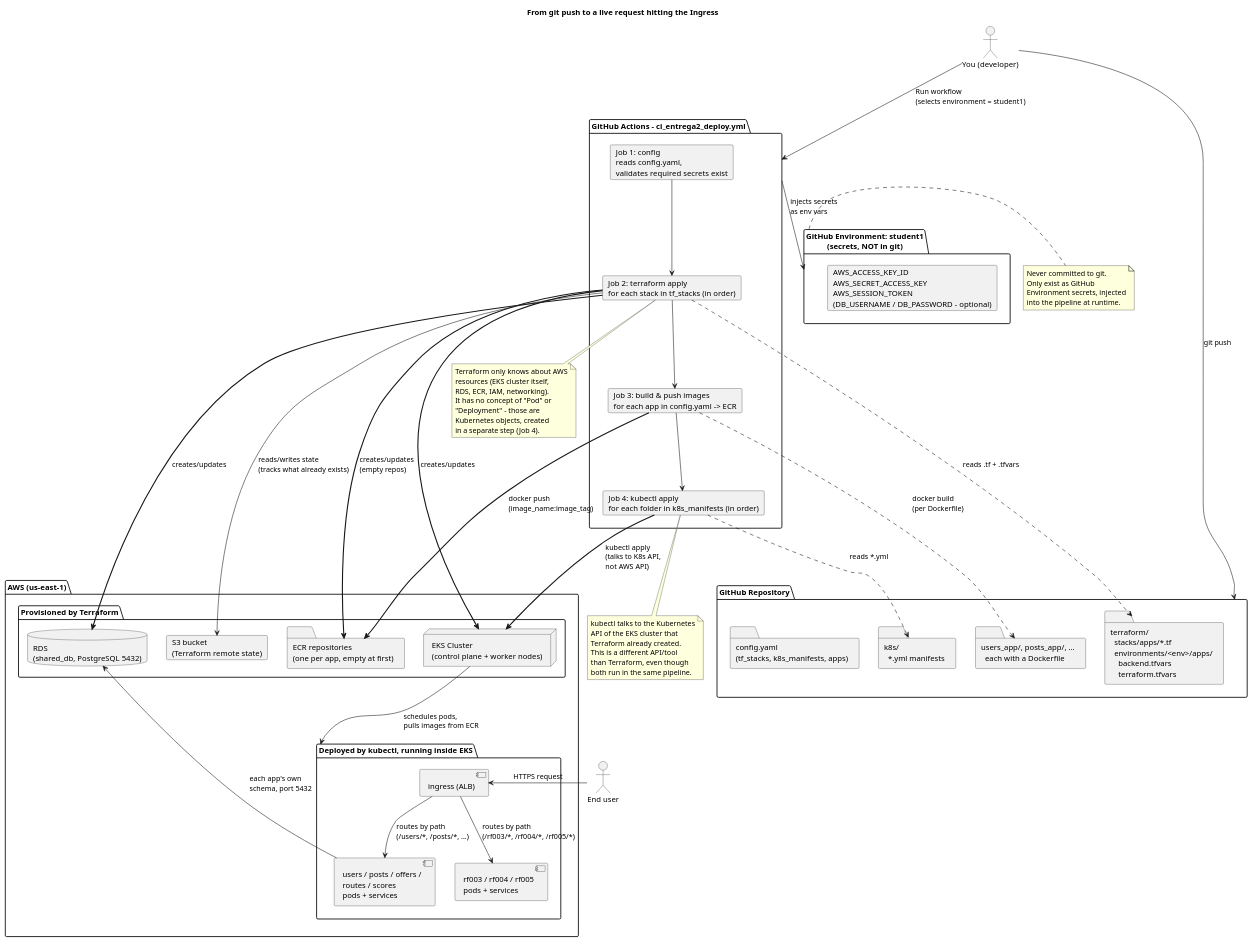
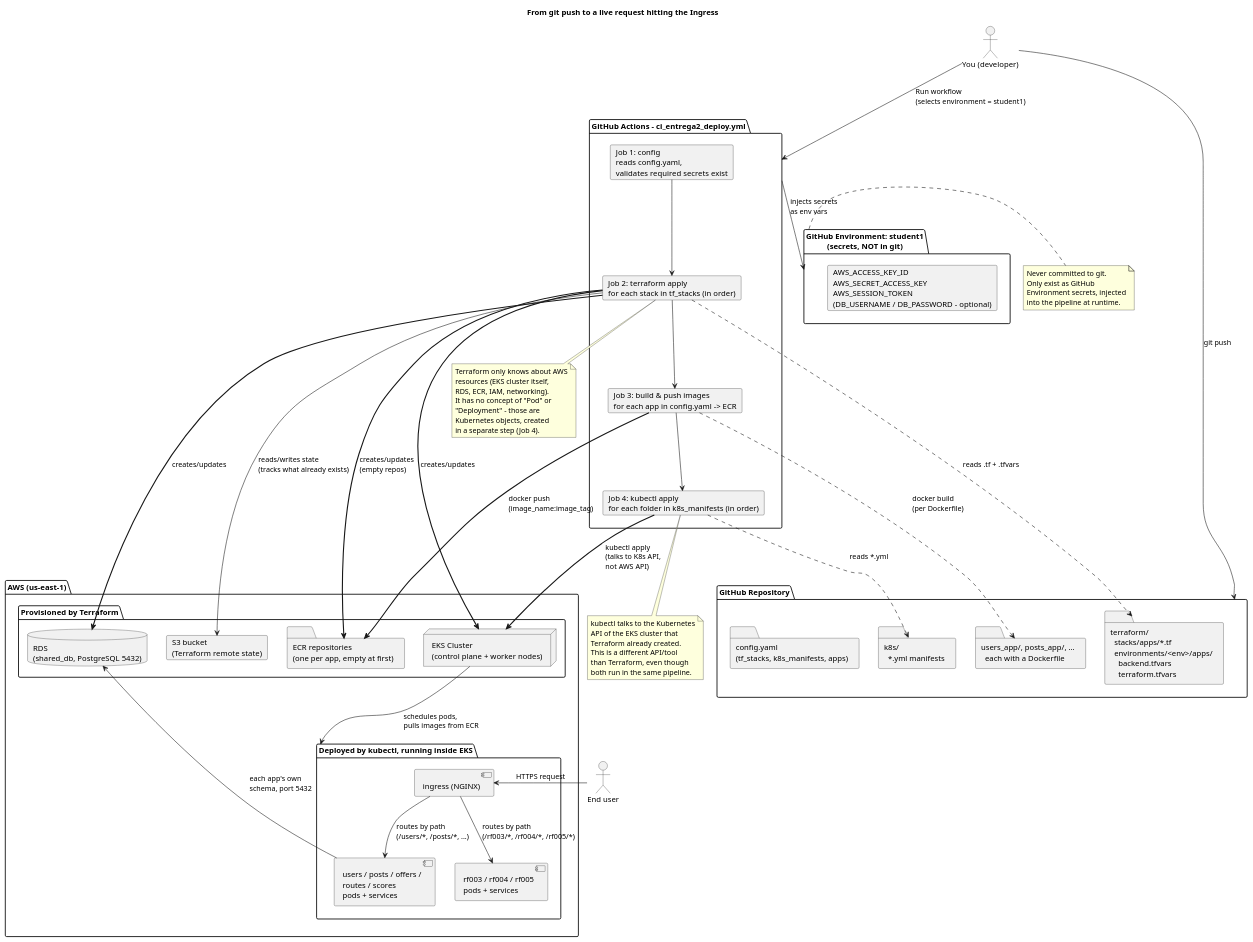
The diagram in docs/diagrams/infra-overview.puml (PedroTrujilloV/CloudNativeComputingSharedSuitcaseApp), drawn with PlantUML before and after one commit. The commit also changed 31 other files, not shown here.

```diff
--- a/docs/diagrams/infra-overview.puml
+++ b/docs/diagrams/infra-overview.puml
@@ -1,101 +1,101 @@
 @startuml infra-overview
 
 title From git push to a live request hitting the Ingress
 
 skinparam backgroundColor #FFFFFF
 skinparam defaultTextAlignment left
 
 actor "You (developer)" as Dev
 
 package "GitHub Repository" as Repo {
   folder "terraform/\n  stacks/apps/*.tf\n  environments/<env>/apps/\n    backend.tfvars\n    terraform.tfvars" as TFCode
   folder "k8s/\n  *.yml manifests" as K8sCode
   folder "users_app/, posts_app/, ...\n  each with a Dockerfile" as AppCode
   folder "config.yaml\n(tf_stacks, k8s_manifests, apps)" as Config
 }
 
 package "GitHub Environment: student1\n(secrets, NOT in git)" as GHSecrets {
   card "AWS_ACCESS_KEY_ID\nAWS_SECRET_ACCESS_KEY\nAWS_SESSION_TOKEN\n(DB_USERNAME / DB_PASSWORD - optional)" as Secrets
 }
 
 package "GitHub Actions - ci_entrega2_deploy.yml" as Pipeline {
   card "Job 1: config\nreads config.yaml,\nvalidates required secrets exist" as Job1
   card "Job 2: terraform apply\nfor each stack in tf_stacks (in order)" as Job2
   card "Job 3: build & push images\nfor each app in config.yaml -> ECR" as Job3
   card "Job 4: kubectl apply\nfor each folder in k8s_manifests (in order)" as Job4
 }
 
 package "AWS (us-east-1)" as AWS {
 
   package "Provisioned by Terraform" as TFOutput {
     node "EKS Cluster\n(control plane + worker nodes)" as EKS
     database "RDS\n(shared_db, PostgreSQL 5432)" as RDS
     folder "ECR repositories\n(one per app, empty at first)" as ECR
     card "S3 bucket\n(Terraform remote state)" as TFState
   }
 
   package "Deployed by kubectl, running inside EKS" as K8sRuntime {
-    component "ingress (ALB)" as Ingress
+    component "ingress (NGINX)" as Ingress
     component "rf003 / rf004 / rf005\npods + services" as Orchestrators
     component "users / posts / offers /\nroutes / scores\npods + services" as Apps
   }
 }
 
 actor "End user" as EndUser
 
 ' ---------------- flow ----------------
 Dev -down-> Repo : git push
 Dev -down-> Pipeline : Run workflow\n(selects environment = student1)
 
 Pipeline -down-> GHSecrets : injects secrets\nas env vars
 
 Job1 -down-> Job2
 Job2 -down-> Job3
 Job3 -down-> Job4
 
 Job2 ..> TFCode : reads .tf + .tfvars
 Job2 -right-> TFState : reads/writes state\n(tracks what already exists)
 Job2 ==> EKS : creates/updates
 Job2 ==> RDS : creates/updates
 Job2 ==> ECR : creates/updates\n(empty repos)
 
 Job3 ..> AppCode : docker build\n(per Dockerfile)
 Job3 ==> ECR : docker push\n(image_name:image_tag)
 
 Job4 ..> K8sCode : reads *.yml
 Job4 ==> EKS : kubectl apply\n(talks to K8s API,\nnot AWS API)
 EKS -down-> K8sRuntime : schedules pods,\npulls images from ECR
 
 Apps -up-> RDS : each app's own\nschema, port 5432
 
 EndUser -right-> Ingress : HTTPS request
 Ingress -down-> Orchestrators : routes by path\n(/rf003/*, /rf004/*, /rf005/*)
 Ingress -down-> Apps : routes by path\n(/users/*, /posts/*, ...)
 
 note bottom of Job2
   Terraform only knows about AWS
   resources (EKS cluster itself,
   RDS, ECR, IAM, networking).
   It has no concept of "Pod" or
   "Deployment" - those are
   Kubernetes objects, created
   in a separate step (Job 4).
 end note
 
 note bottom of Job4
   kubectl talks to the Kubernetes
   API of the EKS cluster that
   Terraform already created.
   This is a different API/tool
   than Terraform, even though
   both run in the same pipeline.
 end note
 
 note right of GHSecrets
   Never committed to git.
   Only exist as GitHub
   Environment secrets, injected
   into the pipeline at runtime.
 end note
 
 @enduml
```
